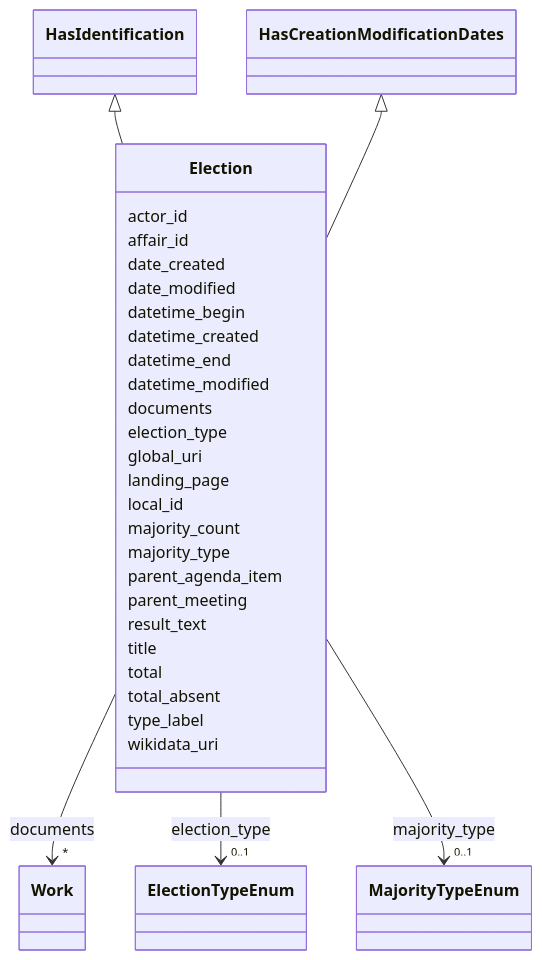
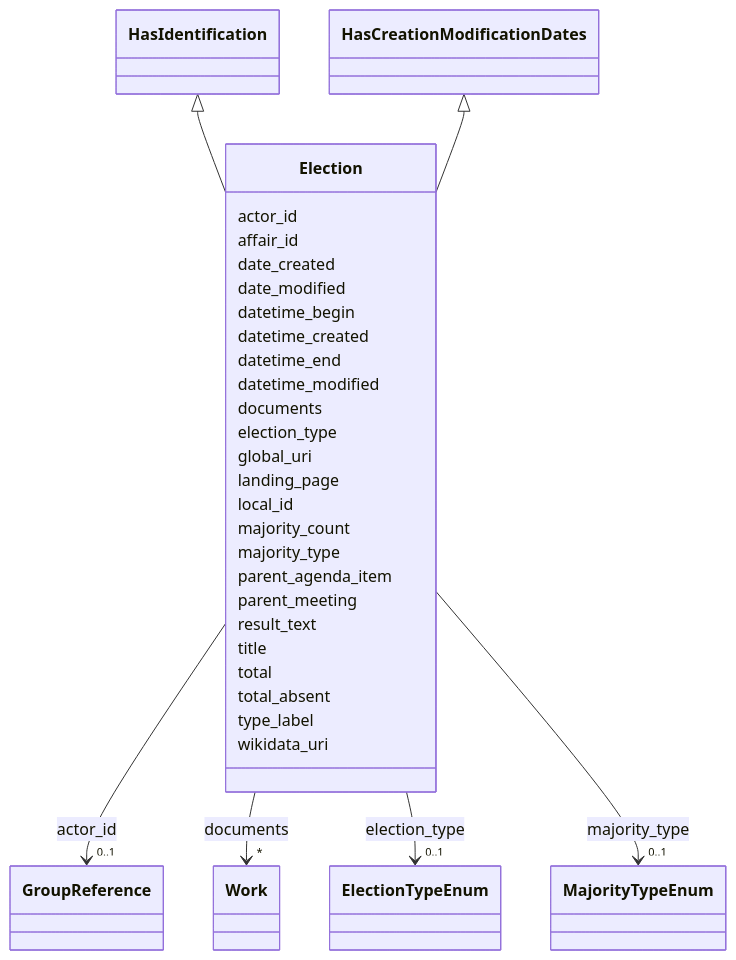
Before and after one commit to swiss/political-affairs-ech-group: the diagram in ech-0293_operations/output/docs/Election.md, drawn with Mermaid. The commit also changed other lines of this file and 27 other files, not shown here.

```diff
--- a/ech-0293_operations/output/docs/Election.md
+++ b/ech-0293_operations/output/docs/Election.md
@@ -34,6 +34,15 @@
         click HasCreationModificationDates href "../HasCreationModificationDates/"
       
       Election : actor_id
+        
+          
+    
+        
+        
+        Election --> "0..1" GroupReference : actor_id
+        click GroupReference href "../GroupReference/"
+    
+
         
       Election : affair_id
         
```
